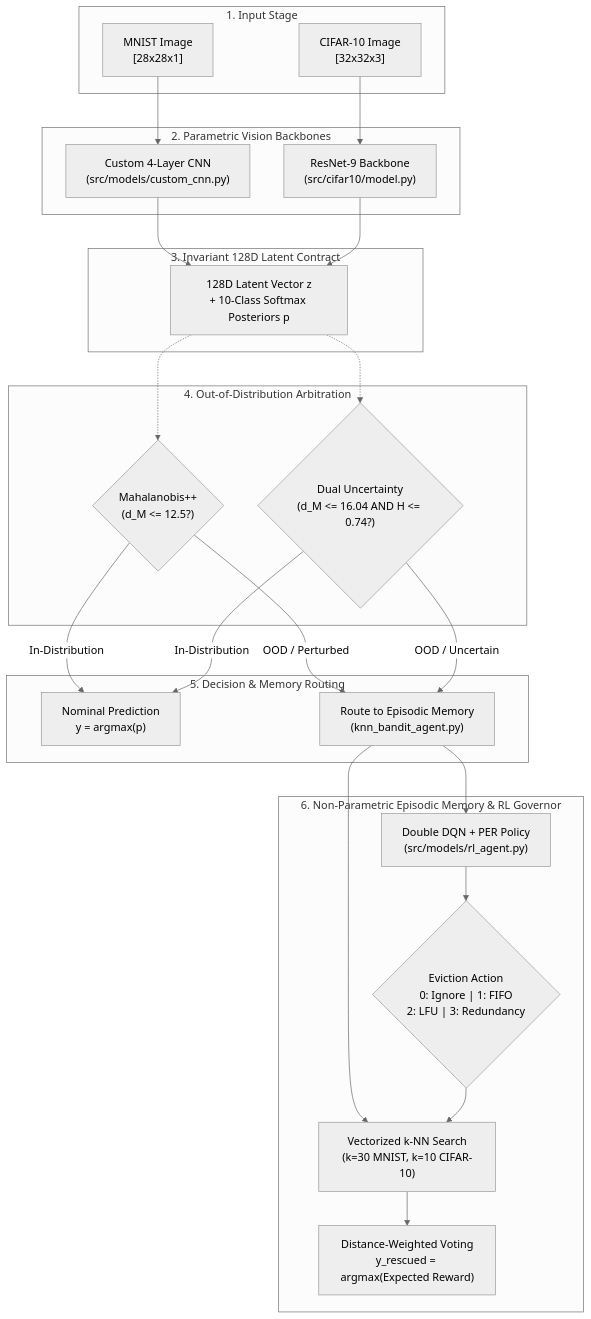
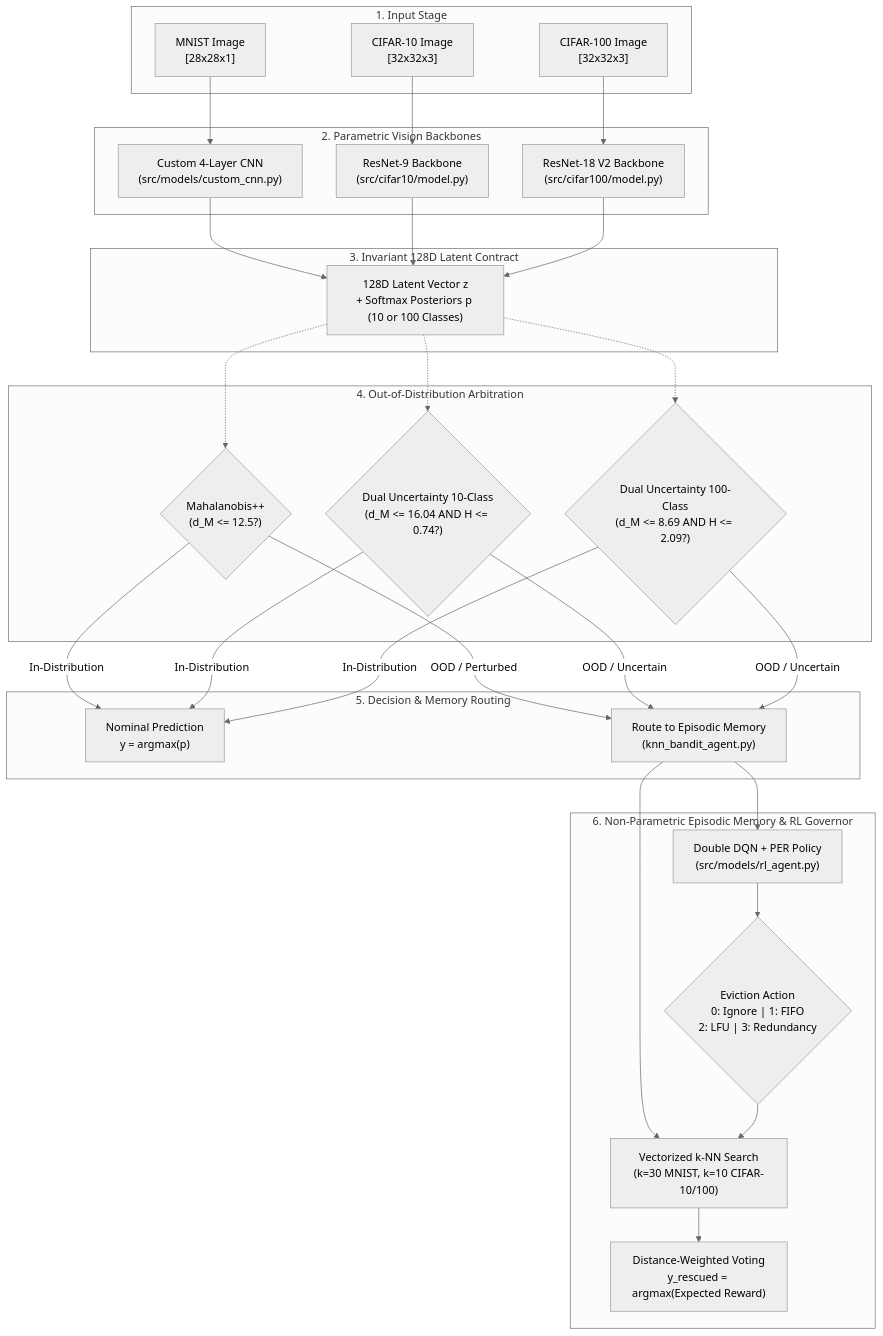
The diagram in README.md (Santiago-1211173/projeto-cnn), drawn with Mermaid (neutral theme) before and after one commit. The commit also changed other lines of this file and 18 other files, not shown here.

Commit message:
docs: add comprehensive documentation and architecture guides for CIFAR-100 implementation

````diff
--- a/README.md
+++ b/README.md
@@ -84,46 +95,54 @@
 ```mermaid
 flowchart TD
     subgraph InputStage["1. Input Stage"]
         IN_M["MNIST Image<br>[28x28x1]"]
         IN_C["CIFAR-10 Image<br>[32x32x3]"]
+        IN_C100["CIFAR-100 Image<br>[32x32x3]"]
     end
 
     subgraph Backbones["2. Parametric Vision Backbones"]
         CNN_M["Custom 4-Layer CNN<br>(src/models/custom_cnn.py)"]
         CNN_C["ResNet-9 Backbone<br>(src/cifar10/model.py)"]
+        CNN_C100["ResNet-18 V2 Backbone<br>(src/cifar100/model.py)"]
         IN_M --> CNN_M
         IN_C --> CNN_C
+        IN_C100 --> CNN_C100
     end
 
     subgraph InvariantBottleneck["3. Invariant 128D Latent Contract"]
-        LATENT["128D Latent Vector z<br>+ 10-Class Softmax Posteriors p"]
+        LATENT["128D Latent Vector z<br>+ Softmax Posteriors p (10 or 100 Classes)"]
         CNN_M --> LATENT
         CNN_C --> LATENT
+        CNN_C100 --> LATENT
     end
 
     subgraph OODStage["4. Out-of-Distribution Arbitration"]
         OOD_M{"Mahalanobis++<br>(d_M <= 12.5?)"}
-        OOD_C{"Dual Uncertainty<br>(d_M <= 16.04 AND H <= 0.74?)"}
+        OOD_C{"Dual Uncertainty 10-Class<br>(d_M <= 16.04 AND H <= 0.74?)"}
+        OOD_C100{"Dual Uncertainty 100-Class<br>(d_M <= 8.69 AND H <= 2.09?)"}
         LATENT -.-> OOD_M
         LATENT -.-> OOD_C
+        LATENT -.-> OOD_C100
     end
 
     subgraph Execution["5. Decision & Memory Routing"]
         CNN_OUT["Nominal Prediction<br>y = argmax(p)"]
         MEM_ROUTE["Route to Episodic Memory<br>(knn_bandit_agent.py)"]
         OOD_M -->|In-Distribution| CNN_OUT
         OOD_M -->|OOD / Perturbed| MEM_ROUTE
         OOD_C -->|In-Distribution| CNN_OUT
         OOD_C -->|OOD / Uncertain| MEM_ROUTE
+        OOD_C100 -->|In-Distribution| CNN_OUT
+        OOD_C100 -->|OOD / Uncertain| MEM_ROUTE
     end
 
     subgraph EpisodicMemory["6. Non-Parametric Episodic Memory & RL Governor"]
-        KNN["Vectorized k-NN Search<br>(k=30 MNIST, k=10 CIFAR-10)"]
+        KNN["Vectorized k-NN Search<br>(k=30 MNIST, k=10 CIFAR-10/100)"]
         VOTE["Distance-Weighted Voting<br>y_rescued = argmax(Expected Reward)"]
         RL["Double DQN + PER Policy<br>(src/models/rl_agent.py)"]
         ACT{"Eviction Action<br>0: Ignore | 1: FIFO<br>2: LFU | 3: Redundancy"}
         
         MEM_ROUTE --> KNN --> VOTE
         MEM_ROUTE --> RL --> ACT --> KNN
     end
 ```
````
